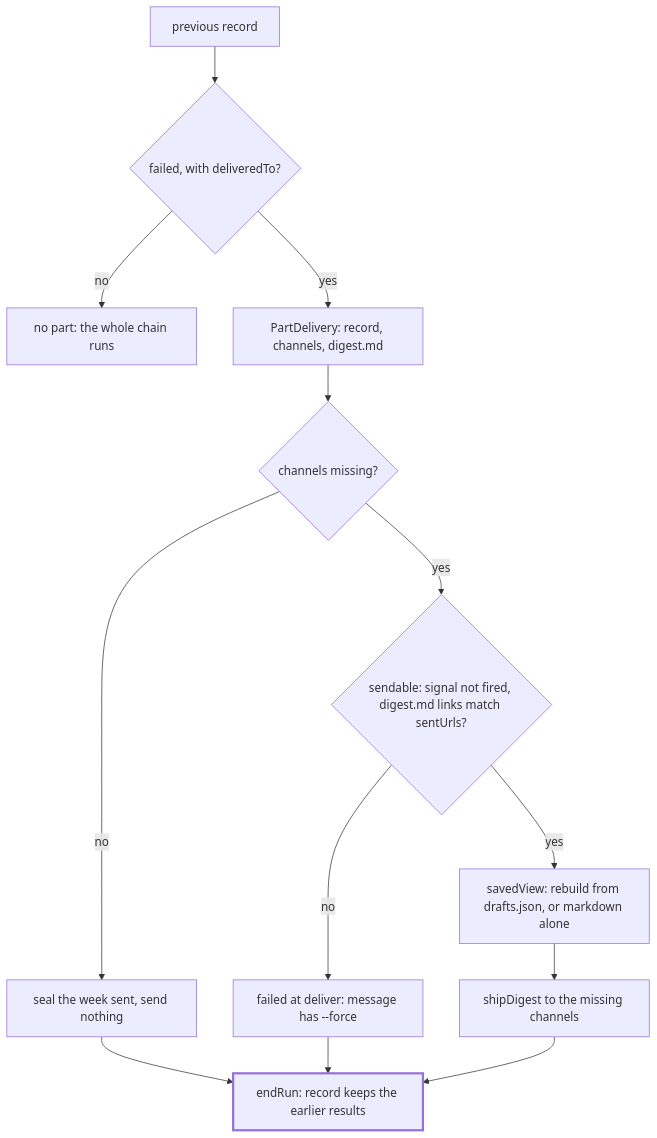
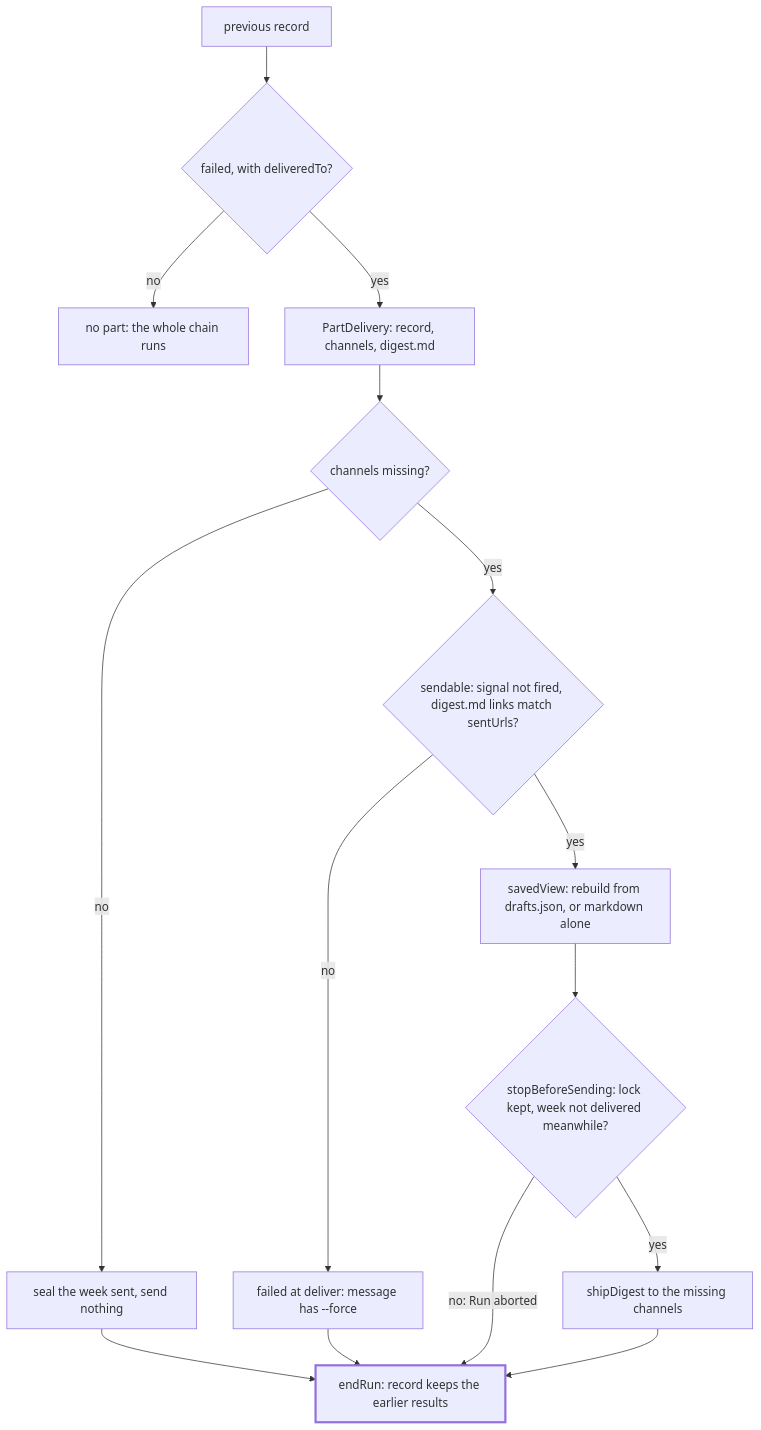
One commit to odere-pro/weekly-engineering-digest-agent changed the diagram in src/digest/resume/CLAUDE.md. Above: the diagram before and after it, drawn with Mermaid. The commit also changed other lines of this file and 78 other files, not shown here.

First line of the commit message:
fix(reliability): stop on a lost lock, keep delivery progress

````diff
--- a/src/digest/resume/CLAUDE.md
+++ b/src/digest/resume/CLAUDE.md
@@ -9,16 +9,18 @@
 ```mermaid
 flowchart TD
   prev["previous record"] --> load{"failed, with deliveredTo?"}
   load -->|no| none["no part: the whole chain runs"]
   load -->|yes| part["PartDelivery: record, channels, digest.md"]
   part --> missing{"channels missing?"}
   missing -->|no| seal["seal the week sent, send nothing"]
   missing -->|yes| ok{"sendable: signal not fired, digest.md links match sentUrls?"}
   ok -->|no| refuse["failed at deliver: message has --force"]
   ok -->|yes| view["savedView: rebuild from drafts.json, or markdown alone"]
-  view --> ship["shipDigest to the missing channels"]
+  view --> last{"stopBeforeSending: lock kept, week not delivered meanwhile?"}
+  last -->|"no: Run aborted"| ending
+  last -->|yes| ship["shipDigest to the missing channels"]
   seal --> ending["endRun: record keeps the earlier results"]:::focus
   refuse --> ending
   ship --> ending
   classDef focus stroke-width:3px
 ```
````
